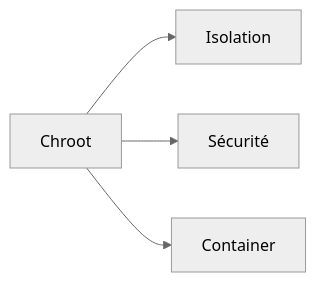
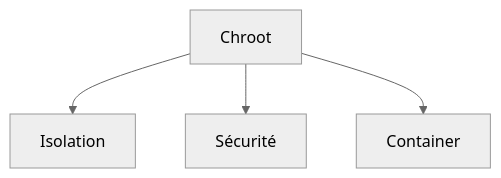
One commit to zyrass/omnydocs changed the sixth of 44 diagrams in docs/glossaire/administration-systeme.md. Above: the diagram before and after it, drawn with Mermaid (neutral theme). The commit also changed other lines of this file and 1780 other files, not shown here.

````diff
--- a/docs/glossaire/administration-systeme.md
+++ b/docs/glossaire/administration-systeme.md
@@ -125,6 +151,6 @@
-    ```mermaid
-    graph LR
-        A[Chroot] --> B[Isolation]
-        A --> C[Sécurité]
-        A --> D[Container]
-    ```
+```mermaid
+graph TB
+    A[Chroot] --> B[Isolation]
+    A --> C[Sécurité]
+    A --> D[Container]
+```
````
